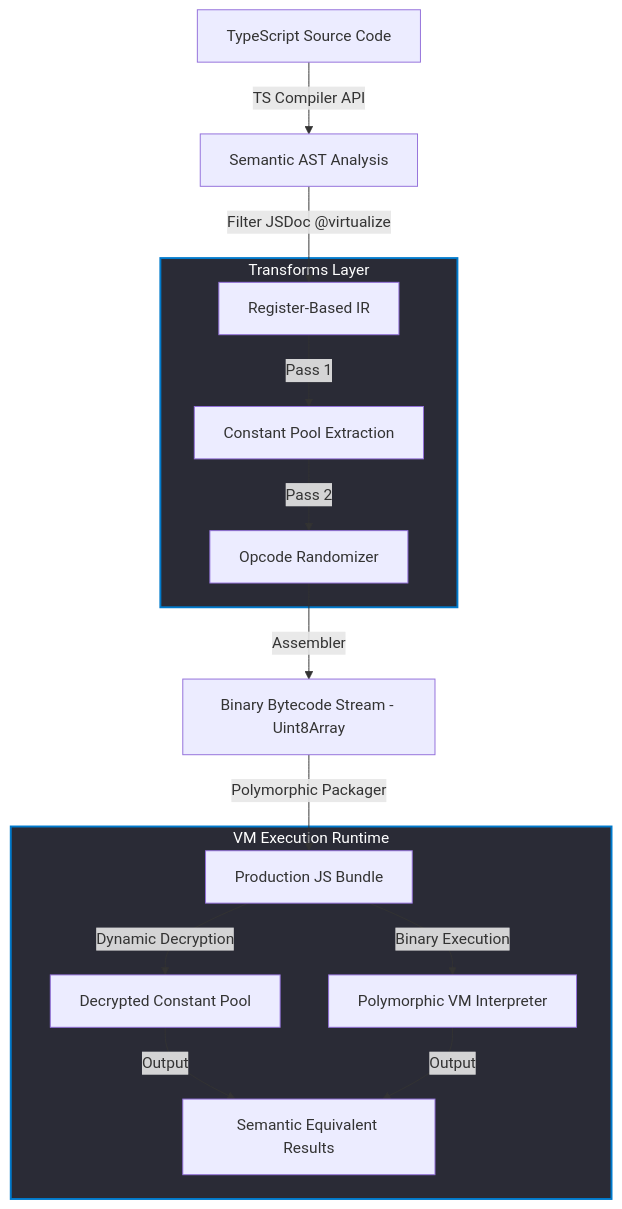
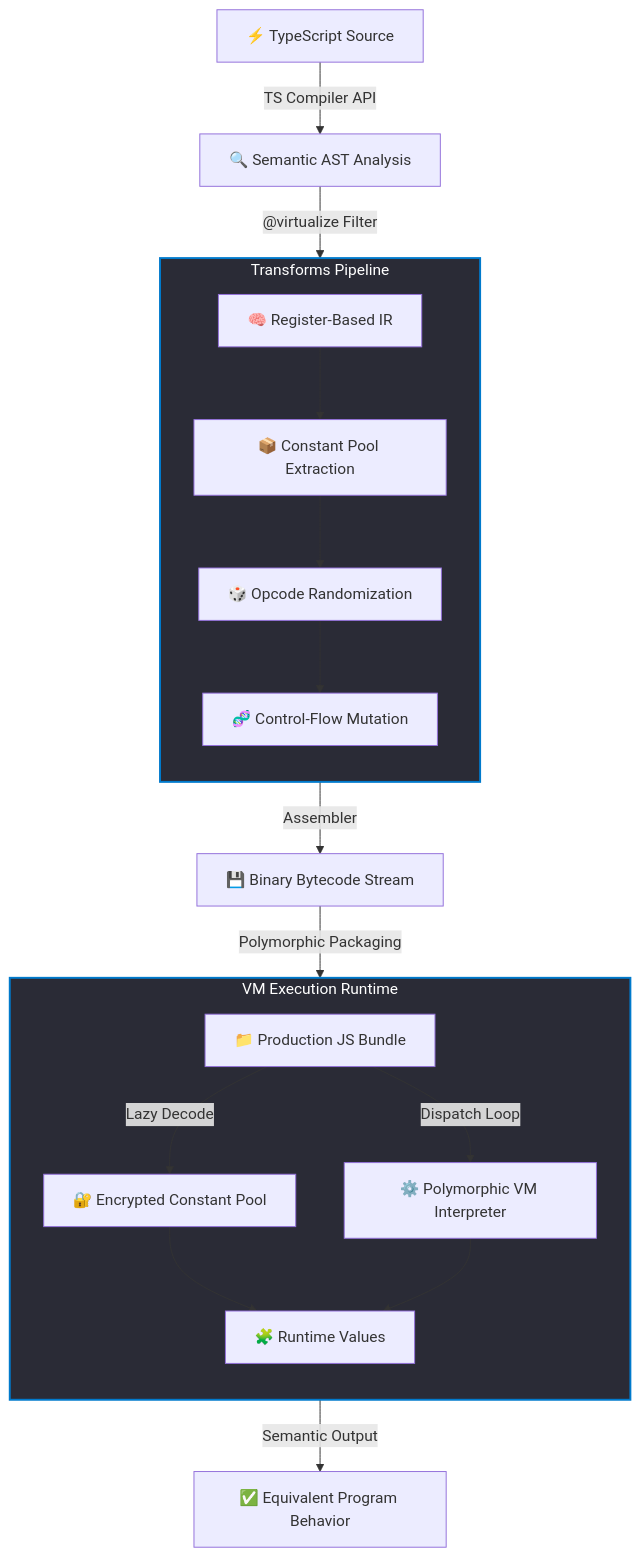
One commit to Tr0ngX/ts-vm-obfuscator changed the diagram in README.md. Above: the diagram before and after it, drawn with Mermaid. The commit also changed 1 other file, not shown here.

Commit message:
docs: replace Mermaid diagrams with localized premium versions

````diff
--- a/README.md
+++ b/README.md
@@ -37,22 +37,29 @@
 ```mermaid
 graph TD
-    A[TypeScript Source Code] -->|TS Compiler API| B[Semantic AST Analysis]
-    B -->|Filter JSDoc @virtualize| C[Register-Based IR]
-    
-    subgraph TransformsLayer ["Transforms Layer"]
-        C -->|Pass 1| D[Constant Pool Extraction]
-        D -->|Pass 2| E[Opcode Randomizer]
+
+    A["⚡ TypeScript Source"] -->|"TS Compiler API"| B["🔍 Semantic AST Analysis"]
+    B -->|"@virtualize Filter"| C["🧠 Register-Based IR"]
+
+    subgraph T["Transforms Pipeline"]
+        direction TB
+        C --> D["📦 Constant Pool Extraction"]
+        D --> E["🎲 Opcode Randomization"]
+        E --> F["🧬 Control-Flow Mutation"]
     end
 
-    E -->|Assembler| F[Binary Bytecode Stream - Uint8Array]
-    F -->|Polymorphic Packager| G[Production JS Bundle]
-    
-    subgraph VMExecutionRuntime ["VM Execution Runtime"]
-        G -->|Dynamic Decryption| H[Decrypted Constant Pool]
-        G -->|Binary Execution| I[Polymorphic VM Interpreter]
-        H & I -->|Output| J[Semantic Equivalent Results]
+    F -->|"Assembler"| G["💾 Binary Bytecode Stream"]
+    G -->|"Polymorphic Packaging"| H["📁 Production JS Bundle"]
+
+    subgraph R["VM Execution Runtime"]
+        direction TB
+        H -->|"Lazy Decode"| I["🔐 Encrypted Constant Pool"]
+        H -->|"Dispatch Loop"| J["⚙️ Polymorphic VM Interpreter"]
+        I --> K["🧩 Runtime Values"]
+        J --> K
     end
-    
-    style TransformsLayer fill:#2a2b36,stroke:#007acc,stroke-width:2px,color:#ffffff;
-    style VMExecutionRuntime fill:#2a2b36,stroke:#007acc,stroke-width:2px,color:#ffffff;
+
+    K -->|"Semantic Output"| L["✅ Equivalent Program Behavior"]
+
+    style T fill:#2a2b36,stroke:#007acc,stroke-width:2px,color:#ffffff;
+    style R fill:#2a2b36,stroke:#007acc,stroke-width:2px,color:#ffffff;
 ```
````
